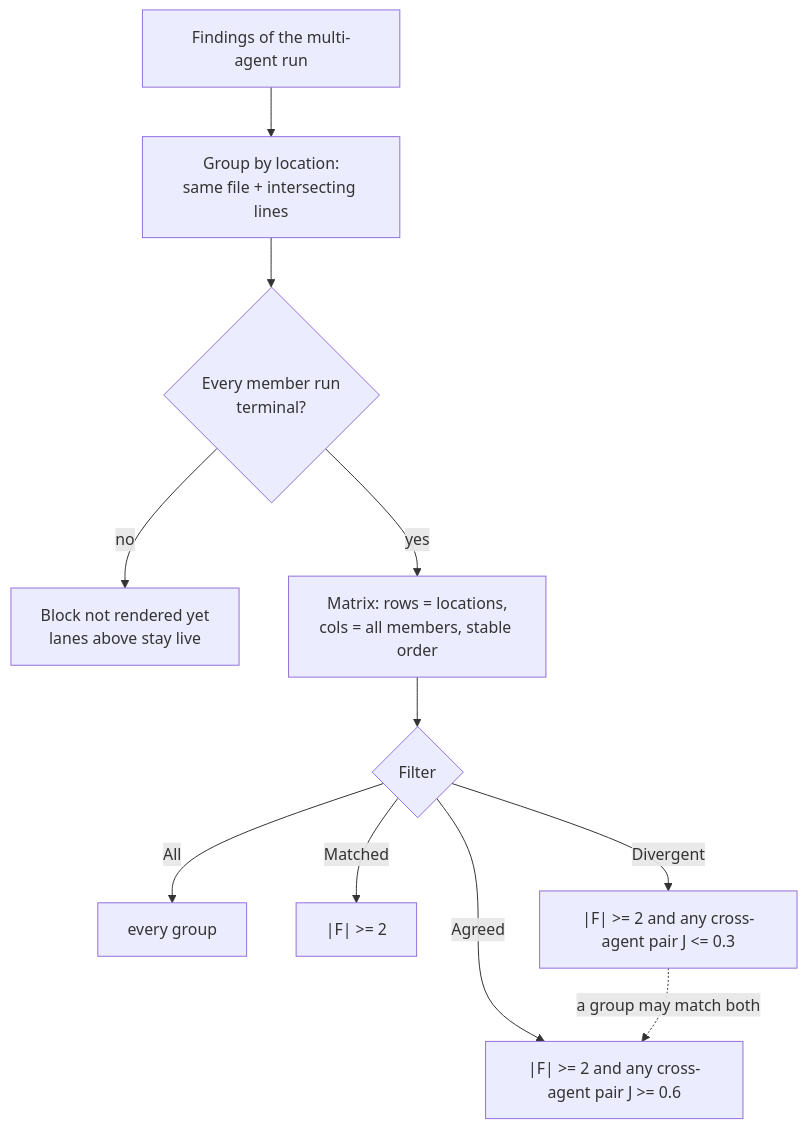
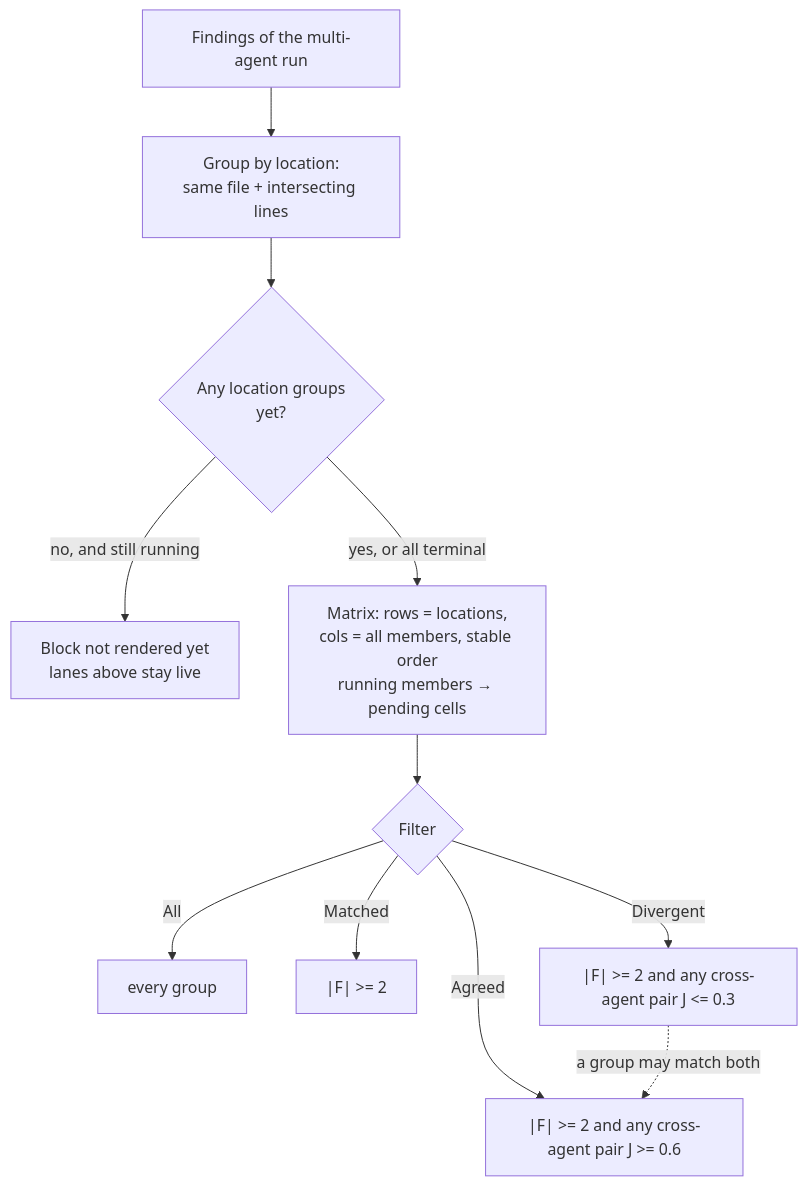
Before and after one commit to RomanMinenok/dev-digest: the third of 4 diagrams in specs/SPEC-05-multi-agent-review.md, drawn with Mermaid. The commit also changed other lines of this file and 18 other files, not shown here.

````diff
--- a/specs/SPEC-05-multi-agent-review.md
+++ b/specs/SPEC-05-multi-agent-review.md
@@ -408,13 +418,13 @@
 ```mermaid
 flowchart TD
   A[Findings of the multi-agent run] --> B[Group by location:<br/>same file + intersecting lines]
-  B --> C{Every member run<br/>terminal?}
-  C -->|no| D[Block not rendered yet<br/>lanes above stay live]
-  C -->|yes| E[Matrix: rows = locations,<br/>cols = all members, stable order]
+  B --> C{Any location groups<br/>yet?}
+  C -->|no, and still running| D[Block not rendered yet<br/>lanes above stay live]
+  C -->|yes, or all terminal| E[Matrix: rows = locations,<br/>cols = all members, stable order<br/>running members → pending cells]
   E --> F{Filter}
   F -->|All| G[every group]
   F -->|Matched| H["|F| >= 2"]
   F -->|Divergent| I["|F| >= 2 and any cross-agent pair J <= 0.3"]
   F -->|Agreed| J["|F| >= 2 and any cross-agent pair J >= 0.6"]
   I -.->|a group may match both| J
 ```
````
